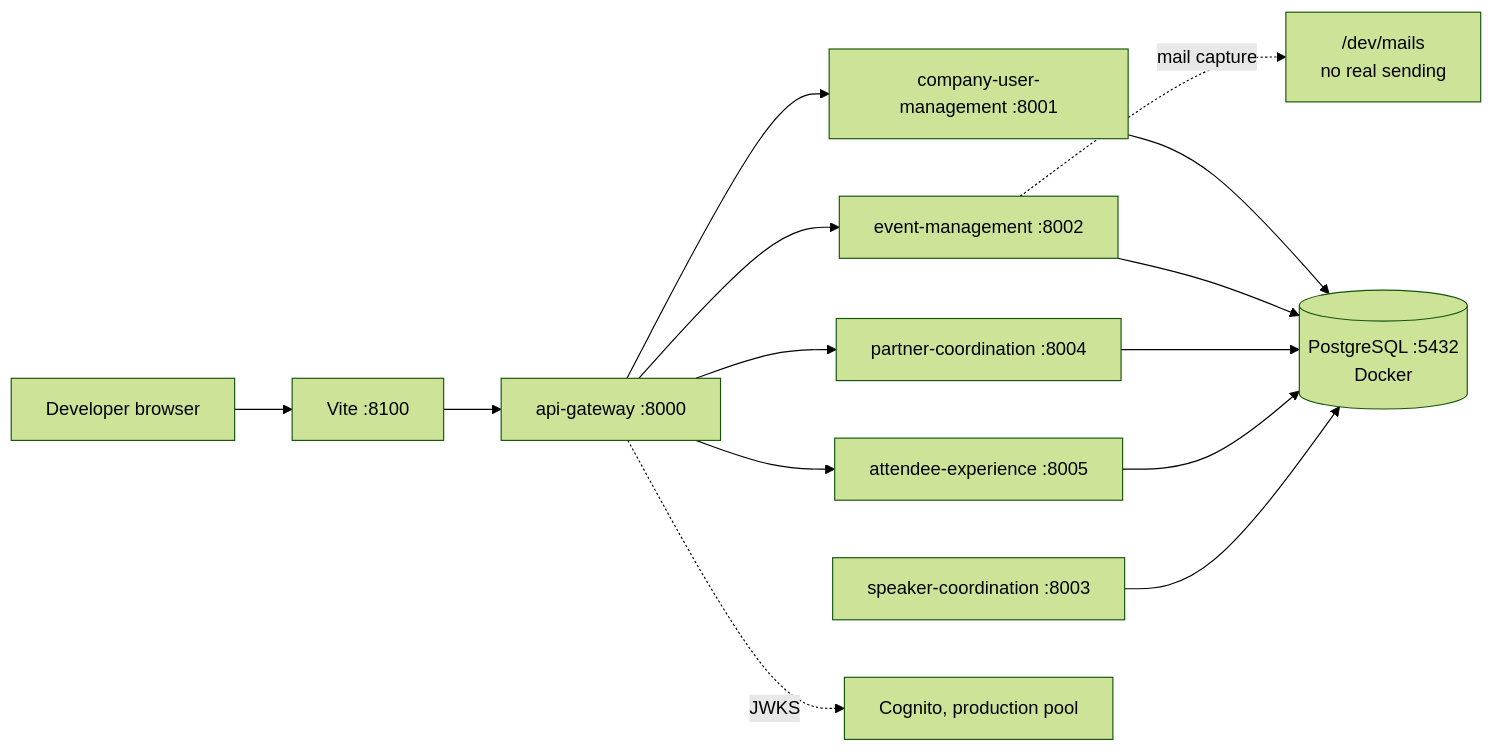
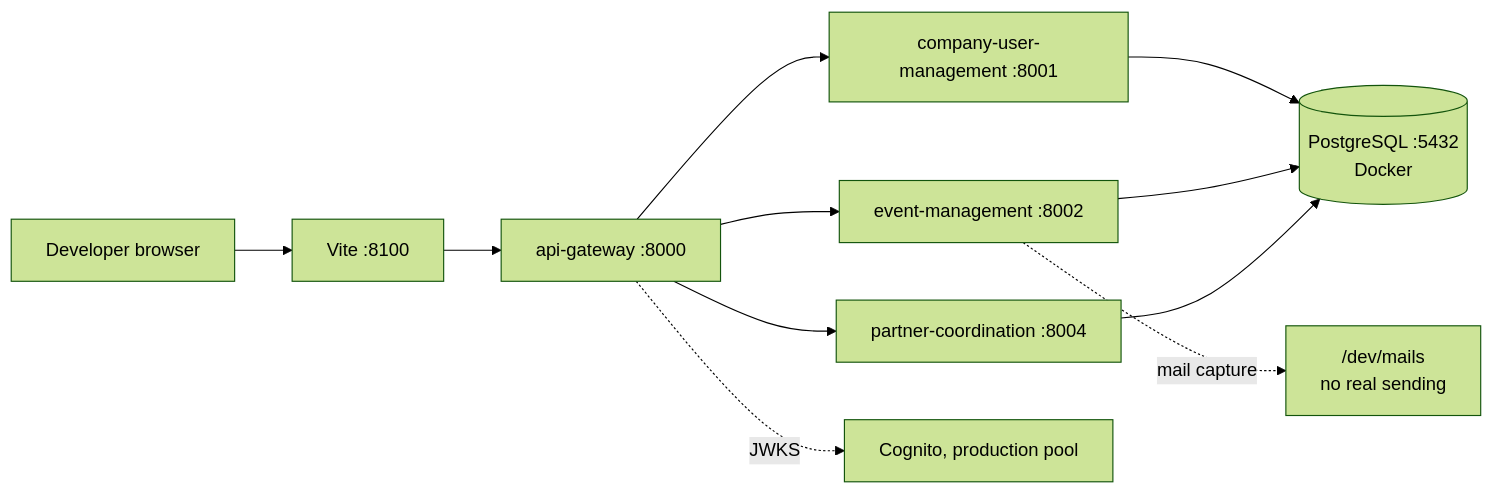
Before and after one commit to nissimbuchs/BATbern2: the fifth of 26 diagrams in docs/architecture/02-infrastructure-deployment.md, drawn with Mermaid (forest theme). The commit also changed other lines of this file and 392 other files, not shown here.

First line of the commit message:
feat(architecture): Epic 17 first batch: test fidelity, dead surface removed, API and module gates (17.0a-17.5, 17.3b) (#1258)

````diff
--- a/docs/architecture/02-infrastructure-deployment.md
+++ b/docs/architecture/02-infrastructure-deployment.md
@@ -243,13 +240,11 @@
 ```mermaid
 graph LR
     DEVR["Developer browser"] --> FE["Vite :8100"]
     FE --> GW["api-gateway :8000"]
     GW --> CUMS["company-user-management :8001"]
     GW --> EMS["event-management :8002"]
     GW --> PCS["partner-coordination :8004"]
-    GW --> AES["attendee-experience :8005"]
-    SCS["speaker-coordination :8003"]
-    CUMS & EMS & PCS & AES & SCS --> PG[("PostgreSQL :5432<br/>Docker")]
+    CUMS & EMS & PCS --> PG[("PostgreSQL :5432<br/>Docker")]
     EMS -.->|"mail capture"| MAILS["/dev/mails<br/>no real sending"]
     GW -.->|"JWKS"| COG["Cognito, production pool"]
 ```
````
